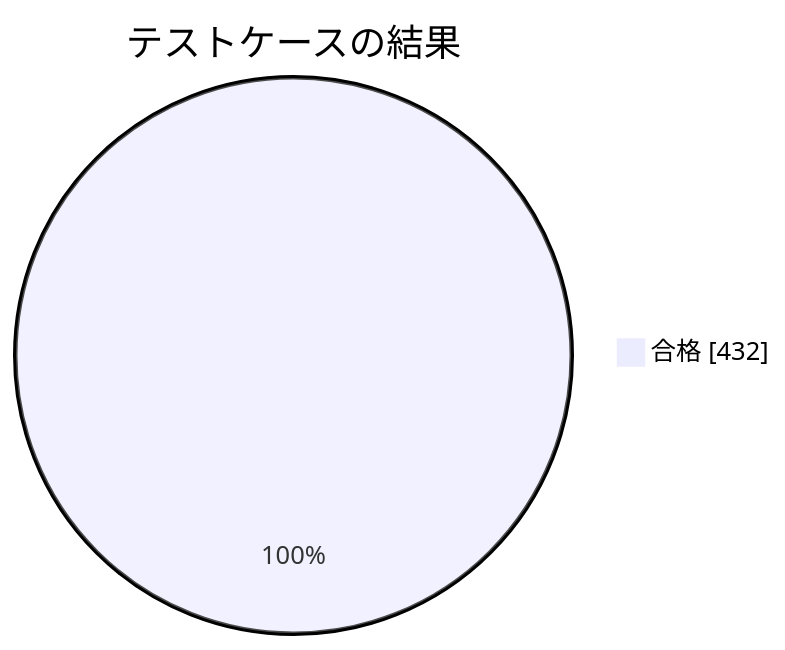
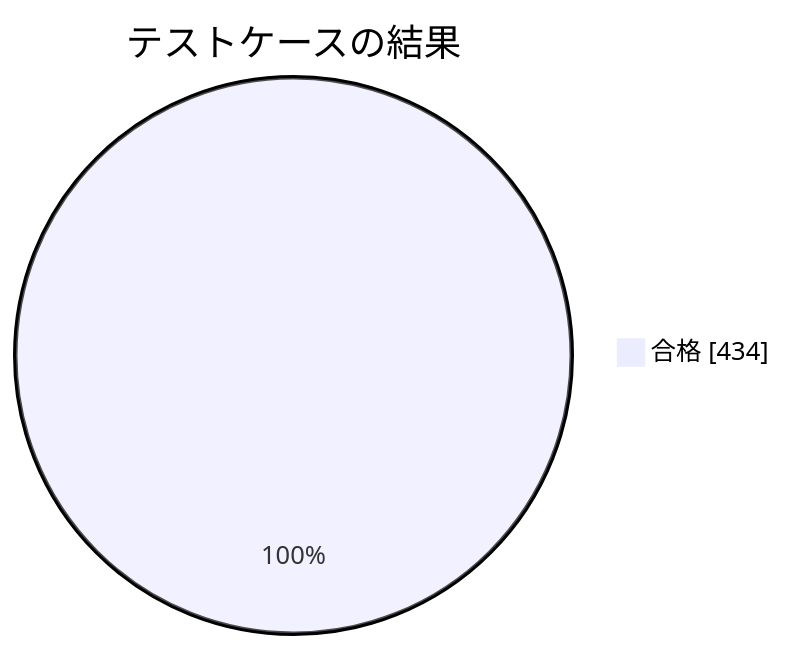
Before and after one commit to pocarialice/rpglearning: the second of 3 diagrams in documents/モジュールテスト結果報告書_RPG学習アプリ.md, drawn with Mermaid. The commit also changed other lines of this file and 1 other file, not shown here.

````diff
--- a/documents/モジュールテスト結果報告書_RPG学習アプリ.md
+++ b/documents/モジュールテスト結果報告書_RPG学習アプリ.md
@@ -60,4 +60,4 @@
 ```mermaid
 pie showData title テストケースの結果
-  "合格" : 432
+  "合格" : 434
 ```
````
